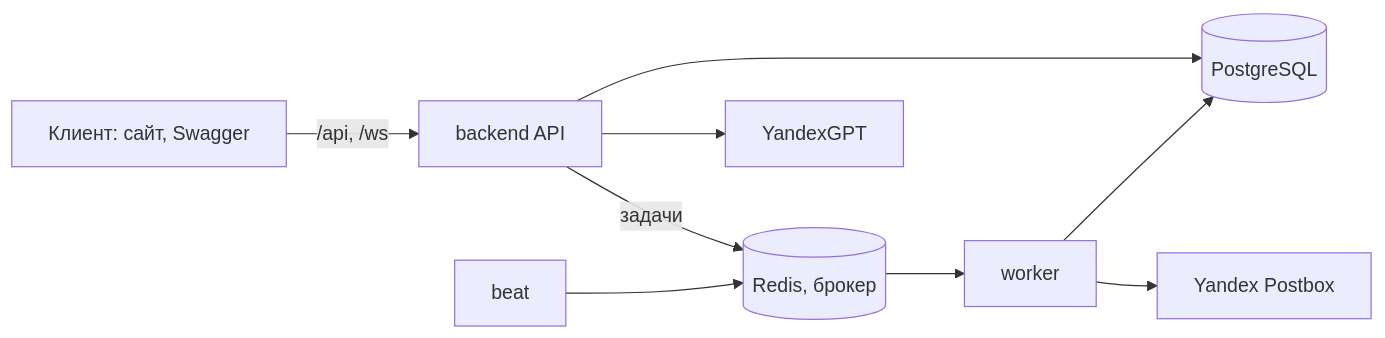
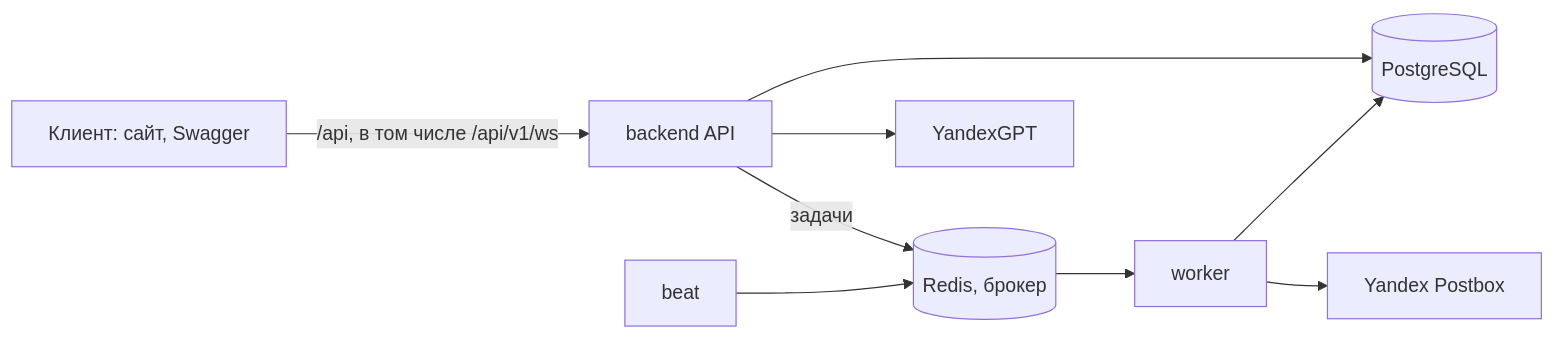
One commit to organisation3214234324123123124123/dogovorilis changed the first of 3 diagrams in docs/architecture.md. Above: the diagram before and after it, drawn with Mermaid. The commit also changed other lines of this file, not shown here.

````diff
--- a/docs/architecture.md
+++ b/docs/architecture.md
@@ -5,11 +5,11 @@
 ```mermaid
 flowchart LR
-  B[Клиент: сайт, Swagger] -->|/api, /ws| A[backend API]
+  B[Клиент: сайт, Swagger] -->|/api, в том числе /api/v1/ws| A[backend API]
   A --> P[(PostgreSQL)]
   A -->|задачи| R[(Redis, брокер)]
   R --> W[worker]
   BE[beat] --> R
   W --> P
   A --> L[YandexGPT]
   W --> M[Yandex Postbox]
 ```
````
